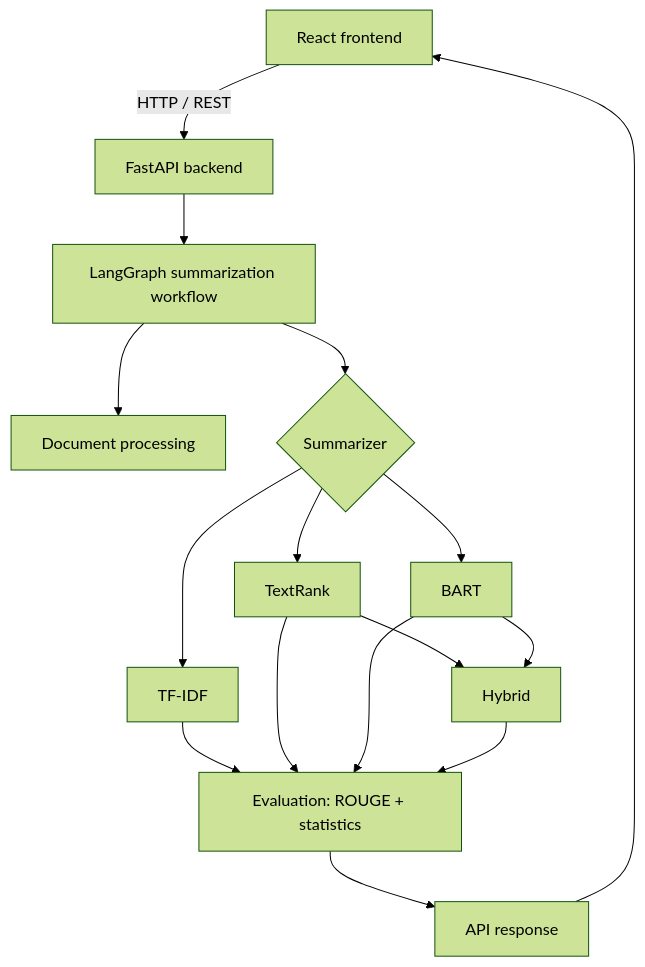
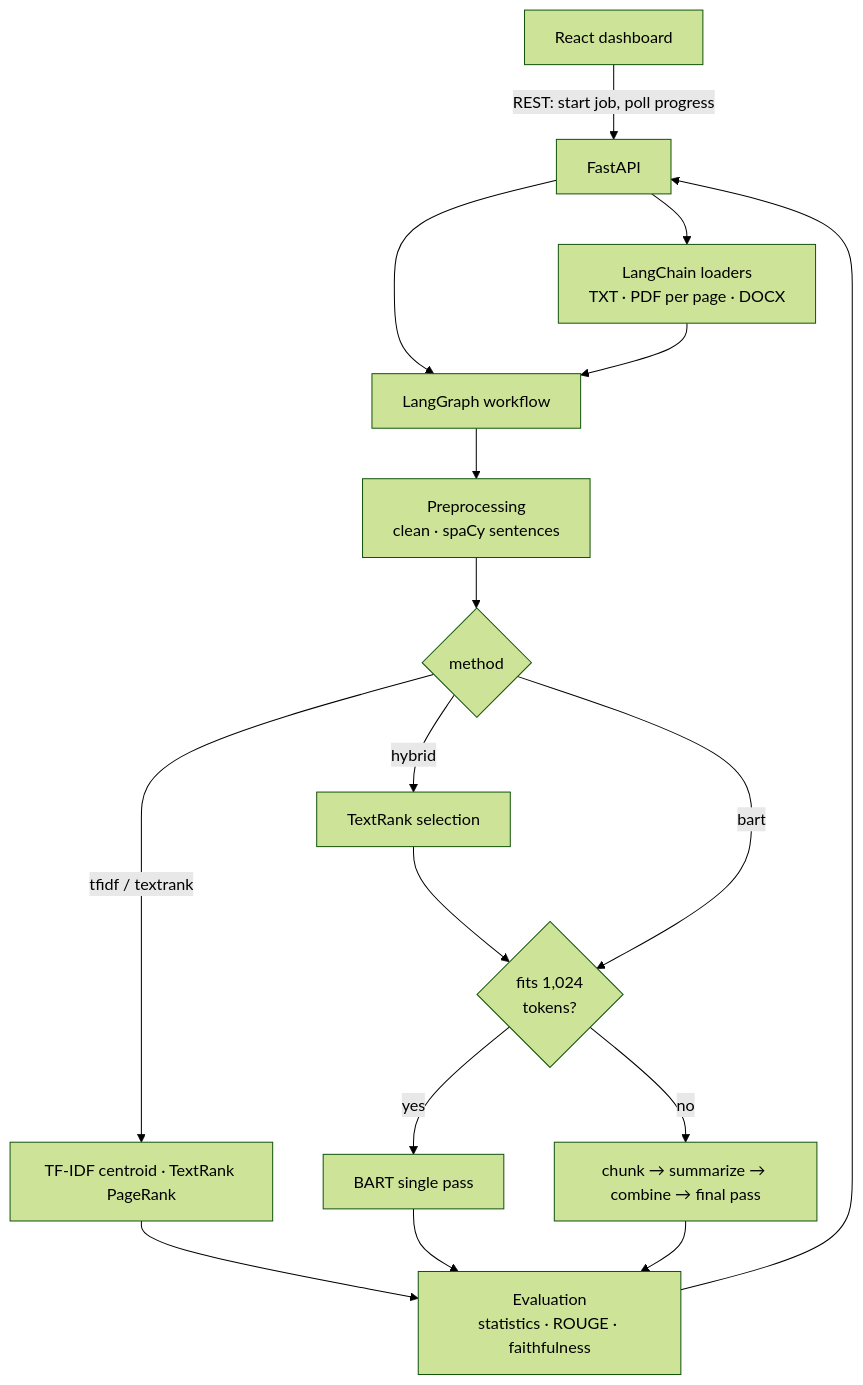
One commit to khushboosolanki20/Text-summarization changed the diagram in README.md. Above: the diagram before and after it, drawn with Mermaid (forest theme). The commit also changed other lines of this file and 16 other files, not shown here.

````diff
--- a/README.md
+++ b/README.md
@@ -61,14 +82,16 @@
 ```mermaid
 flowchart TD
-    UI[React frontend] -->|HTTP / REST| API[FastAPI backend]
-    API --> WF[LangGraph summarization workflow]
-    WF --> DOC[Document processing]
-    WF --> SUM{Summarizer}
-    SUM --> TFIDF[TF-IDF]
-    SUM --> TR[TextRank]
-    SUM --> BART[BART]
-    TR --> HYB[Hybrid]
-    BART --> HYB
-    TFIDF & TR & BART & HYB --> EV[Evaluation: ROUGE + statistics]
-    EV --> RESP[API response] --> UI
+    UI["React dashboard"] -->|"REST: start job, poll progress"| API["FastAPI"]
+    API --> LOAD["LangChain loaders<br/>TXT · PDF per page · DOCX"]
+    API --> WF["LangGraph workflow"]
+    LOAD --> WF
+    WF --> PRE["Preprocessing<br/>clean · spaCy sentences"]
+    PRE --> ROUTE{method}
+    ROUTE -->|tfidf / textrank| EXT["TF-IDF centroid · TextRank PageRank"]
+    ROUTE -->|hybrid| SEL["TextRank selection"] --> LEN
+    ROUTE -->|bart| LEN{"fits 1,024<br/>tokens?"}
+    LEN -->|yes| ONE["BART single pass"]
+    LEN -->|no| LOOP["chunk → summarize → combine → final pass"]
+    EXT & ONE & LOOP --> EVAL["Evaluation<br/>statistics · ROUGE · faithfulness"]
+    EVAL --> API
 ```
````
